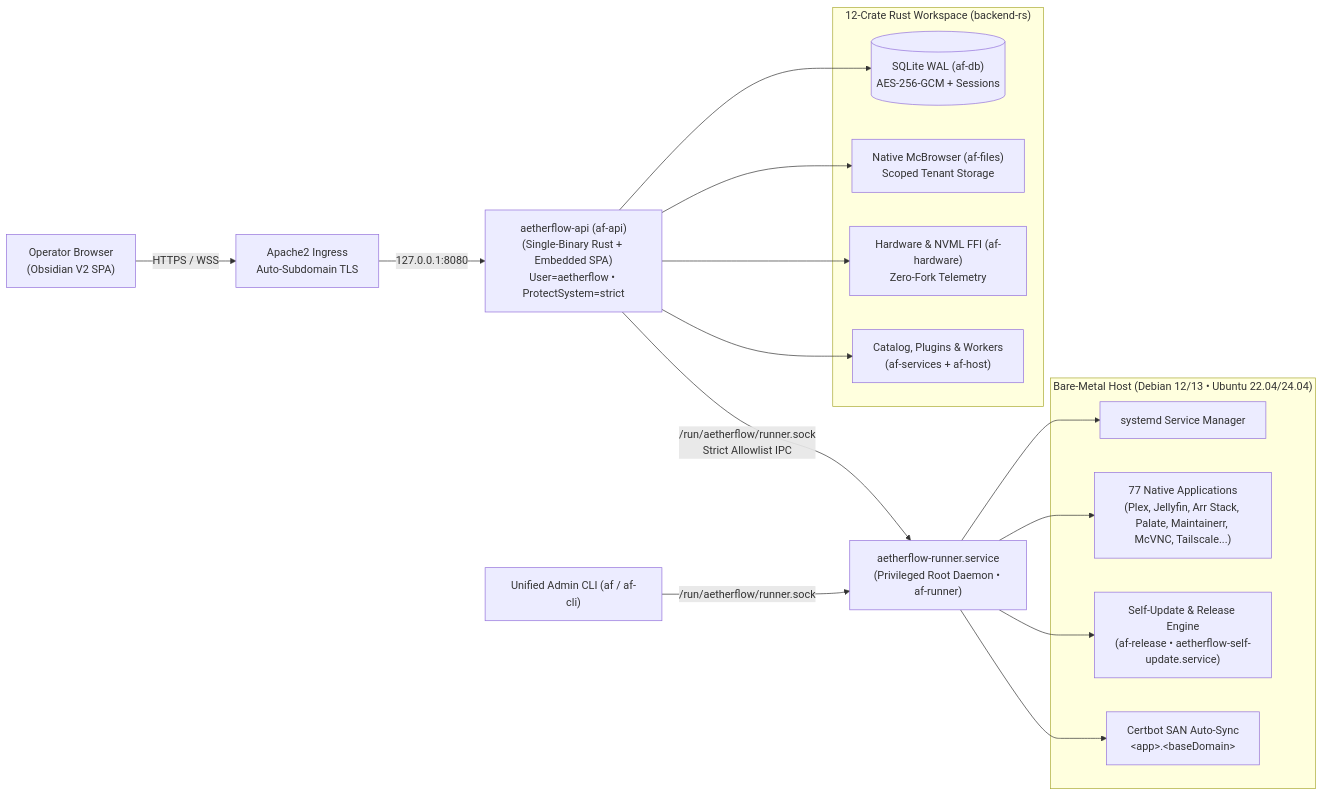
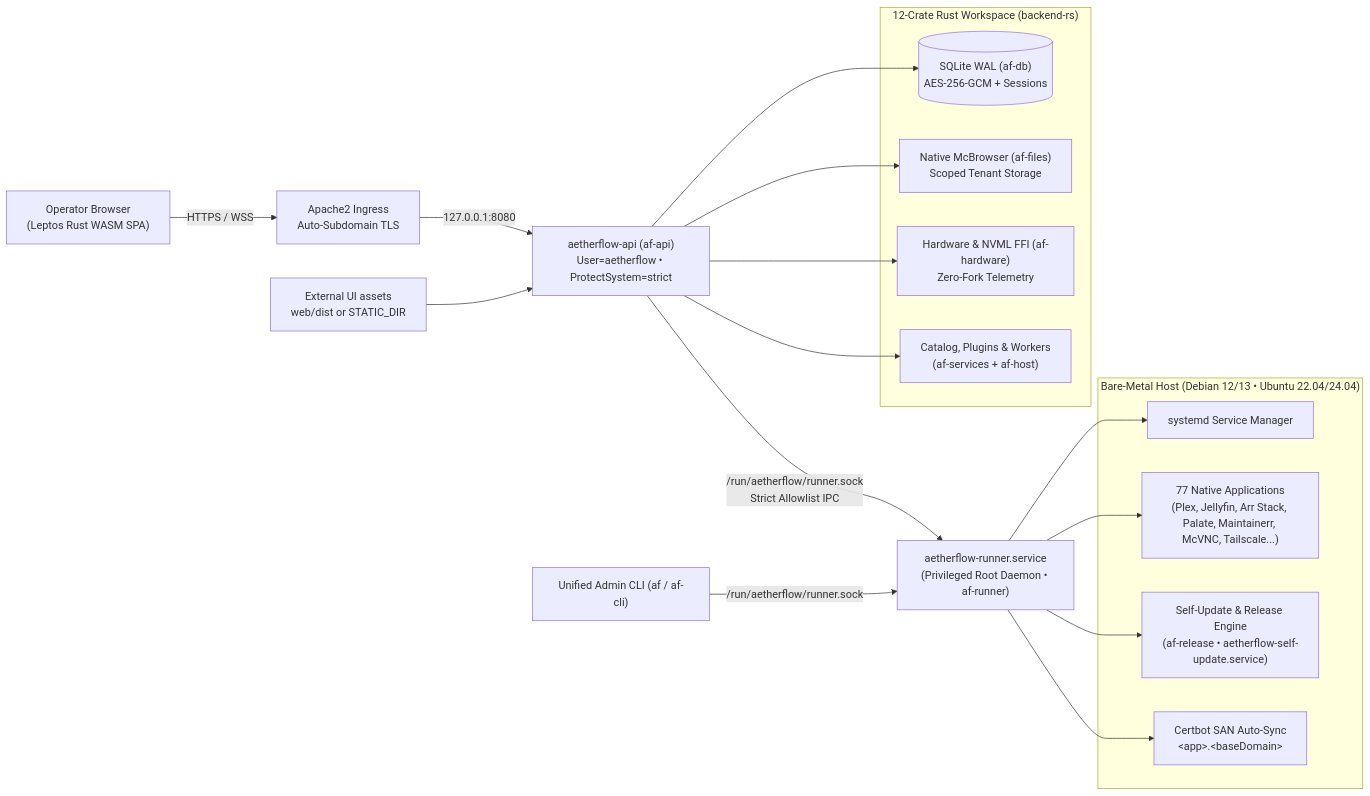
Before and after one commit to McEveritts/AetherFlow: the diagram in README.md, drawn with Mermaid. The commit also changed other lines of this file and 321 other files, not shown here.

First line of the commit message:
feat(nightly): ship the Rust WASM dashboard

````diff
--- a/README.md
+++ b/README.md
@@ -56,32 +56,33 @@
 ```mermaid
 flowchart LR
-    Operator["Operator Browser<br/>(Obsidian V2 SPA)"] -->|HTTPS / WSS| Ingress["Apache2 Ingress<br/>Auto-Subdomain TLS"]
-    Ingress -->|127.0.0.1:8080| API["aetherflow-api (af-api)<br/>(Single-Binary Rust + Embedded SPA)<br/>User=aetherflow • ProtectSystem=strict"]
+    Operator["Operator Browser<br/>(Leptos Rust WASM SPA)"] -->|HTTPS / WSS| Ingress["Apache2 Ingress<br/>Auto-Subdomain TLS"]
+    Ingress -->|127.0.0.1:8080| API["aetherflow-api (af-api)<br/>User=aetherflow • ProtectSystem=strict"]
+    Assets["External UI assets<br/>web/dist or STATIC_DIR"] --> API
 
     subgraph RustWorkspace["12-Crate Rust Workspace (backend-rs)"]
         DB[("SQLite WAL (af-db)<br/>AES-256-GCM + Sessions")]
         Files["Native McBrowser (af-files)<br/>Scoped Tenant Storage"]
         HW["Hardware & NVML FFI (af-hardware)<br/>Zero-Fork Telemetry"]
         Services["Catalog, Plugins & Workers<br/>(af-services + af-host)"]
     end
 
     API --> DB
     API --> Files
     API --> HW
     API --> Services
 
     API -->|"/run/aetherflow/runner.sock"<br/>Strict Allowlist IPC| Runner["aetherflow-runner.service<br/>(Privileged Root Daemon • af-runner)"]
     CLI["Unified Admin CLI (af / af-cli)"] -->|"/run/aetherflow/runner.sock"| Runner
 
     subgraph BareMetal["Bare-Metal Host (Debian 12/13 • Ubuntu 22.04/24.04)"]
         Systemd["systemd Service Manager"]
         Catalog["77 Native Applications<br/>(Plex, Jellyfin, Arr Stack, Palate, Maintainerr, McVNC, Tailscale...)"]
         Updater["Self-Update & Release Engine<br/>(af-release • aetherflow-self-update.service)"]
         CertSync["Certbot SAN Auto-Sync<br/>&lt;app&gt;.&lt;baseDomain&gt;"]
     end
 
     Runner --> Systemd
     Runner --> Catalog
     Runner --> Updater
     Runner --> CertSync
 ```
````
